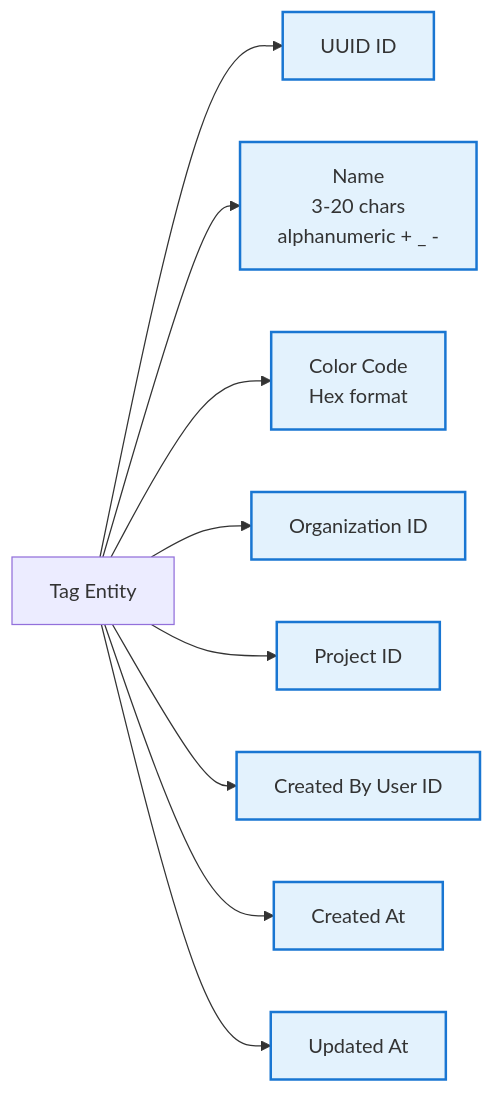
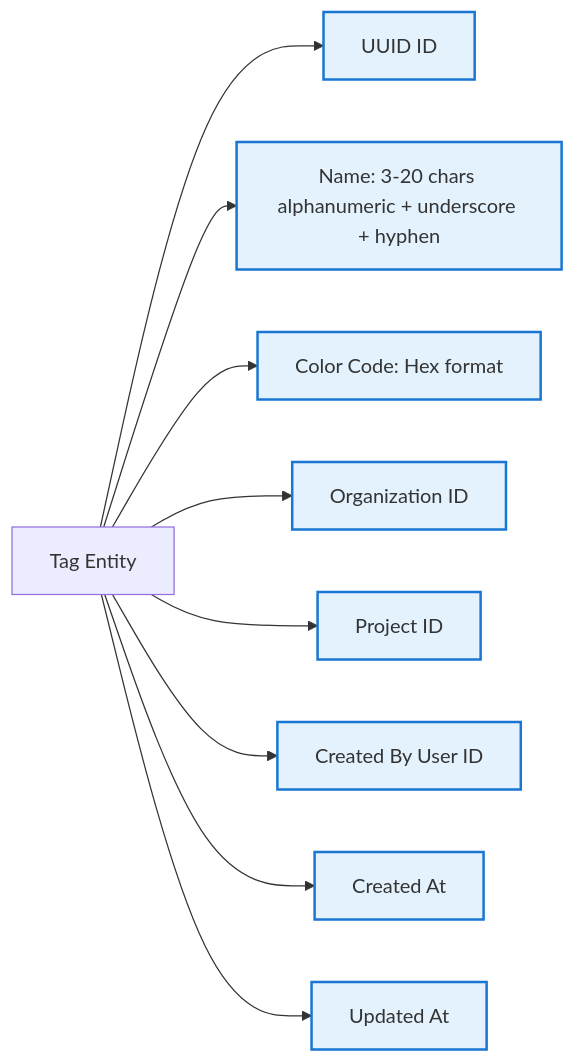
The second of 12 diagrams in specs/05-features/tag-system.md (supercheck-io/supercheck), drawn with Mermaid before and after one commit. The commit also changed other lines of this file, not shown here.

First line of the commit message:
Fix tag-system.md: correct Mermaid syntax and clarify user-defined colors

````diff
--- a/specs/05-features/tag-system.md
+++ b/specs/05-features/tag-system.md
@@ -59,14 +61,14 @@
 ```mermaid
 graph LR
     TAG[Tag Entity] --> ID[UUID ID]
-    TAG --> NAME[Name<br/>3-20 chars<br/>alphanumeric + _ -]
-    TAG --> COLOR[Color Code<br/>Hex format]
+    TAG --> NAME[Name: 3-20 chars alphanumeric + underscore + hyphen]
+    TAG --> COLOR[Color Code: Hex format]
     TAG --> ORG[Organization ID]
     TAG --> PROJ[Project ID]
     TAG --> USER[Created By User ID]
     TAG --> CREATED[Created At]
     TAG --> UPDATED[Updated At]
 
     classDef property fill:#e3f2fd,stroke:#1976d2,stroke-width:2px
     class ID,NAME,COLOR,ORG,PROJ,USER,CREATED,UPDATED property
 ```
````
